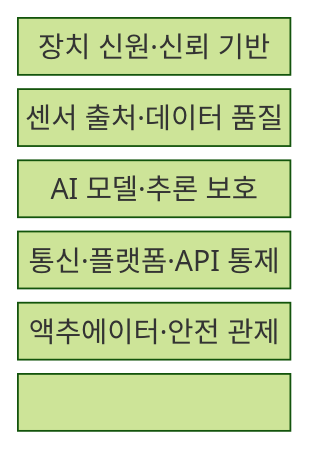
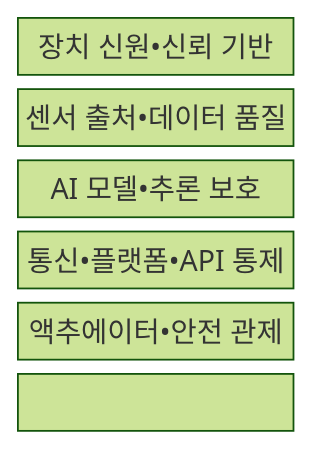
One commit to agnusdei1207/knowledge-base changed the first of 2 diagrams in src/content/docs/notes/05-security/132_aiot_security.md. Above: the diagram before and after it, drawn with Mermaid (forest theme). The commit also changed other lines of this file and 953 other files, not shown here.

````diff
--- a/src/content/docs/notes/05-security/132_aiot_security.md
+++ b/src/content/docs/notes/05-security/132_aiot_security.md
@@ -66,11 +66,11 @@
 ```mermaid
 block-beta
   columns 1
-  D["장치 신원·신뢰 기반"]
-  S["센서 출처·데이터 품질"]
-  M["AI 모델·추론 보호"]
-  P["통신·플랫폼·API 통제"]
-  A["액추에이터·안전 관제"]
+  D["장치 신원•신뢰 기반"]
+  S["센서 출처•데이터 품질"]
+  M["AI 모델•추론 보호"]
+  P["통신•플랫폼•API 통제"]
+  A["액추에이터•안전 관제"]
   D --- S --- M
   M --- P --- A
 ```
````
